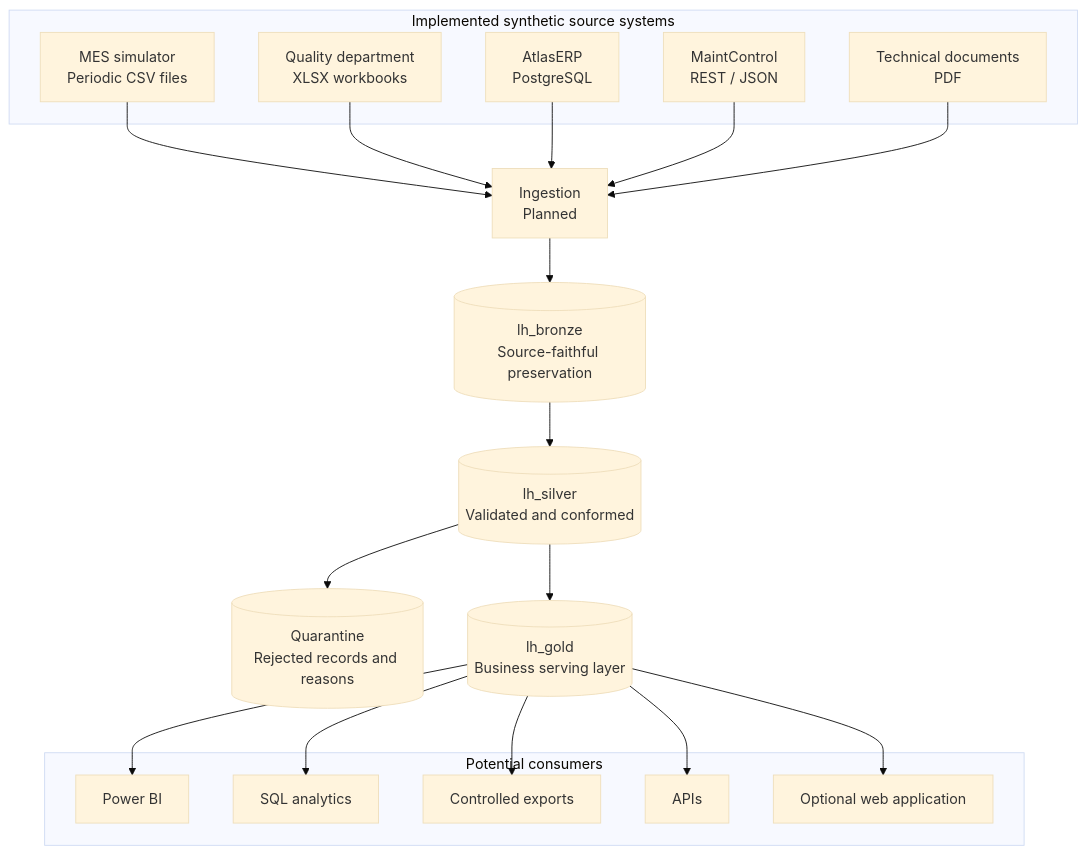
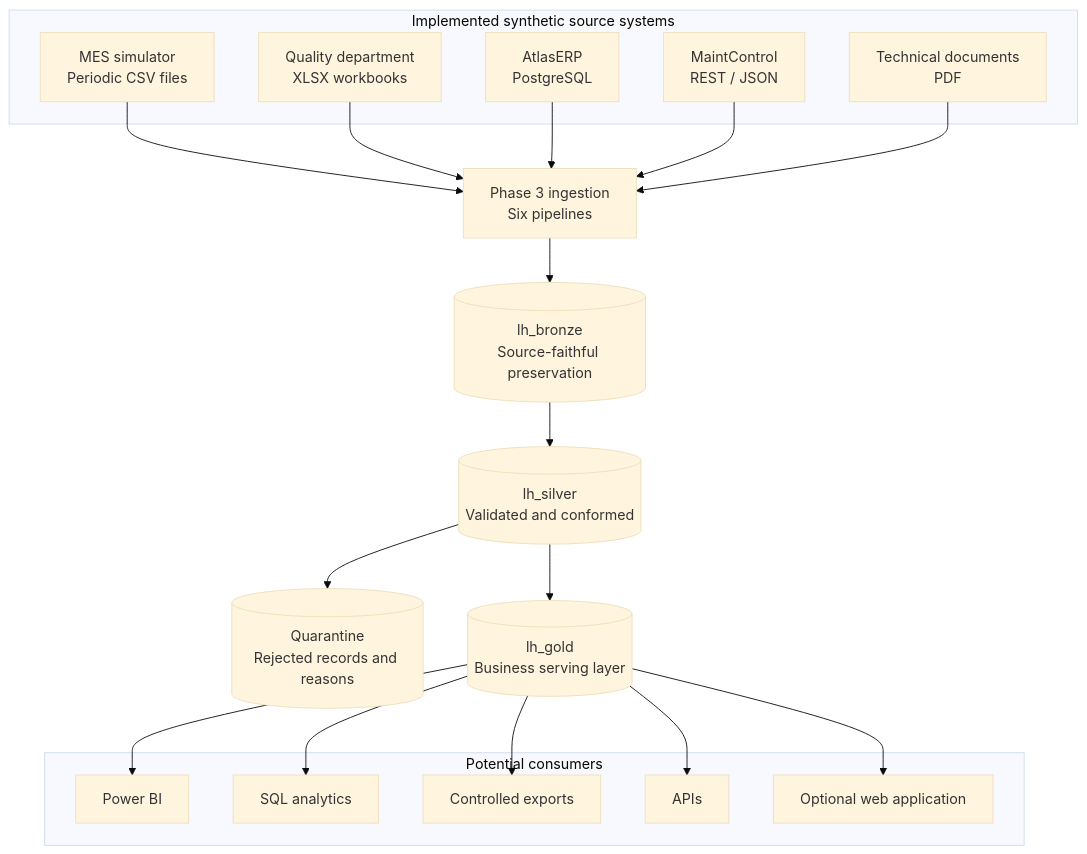
Before and after one commit to LuidiC/industrial-data-platform: the diagram in docs/architecture/overview.md, drawn with Mermaid (base theme). The commit also changed other lines of this file and 23 other files, not shown here.

Commit message:
feat: checkpoint Phase 3 Bronze ingestion foundation

````diff
--- a/docs/architecture/overview.md
+++ b/docs/architecture/overview.md
@@ -15,39 +16,39 @@
 ```mermaid
 flowchart TB
     subgraph Sources[Implemented synthetic source systems]
         MES[MES simulator<br/>Periodic CSV files]
         QUALITY[Quality department<br/>XLSX workbooks]
         ERP[AtlasERP<br/>PostgreSQL]
         MAINT[MaintControl<br/>REST / JSON]
         DOCS[Technical documents<br/>PDF]
     end
 
-    INGEST[Ingestion<br/>Planned]
+    INGEST[Phase 3 ingestion<br/>Six pipelines]
     BRONZE[(lh_bronze<br/>Source-faithful preservation)]
     SILVER[(lh_silver<br/>Validated and conformed)]
     QUARANTINE[(Quarantine<br/>Rejected records and reasons)]
     GOLD[(lh_gold<br/>Business serving layer)]
 
     subgraph Consumers[Potential consumers]
         POWERBI[Power BI]
         SQL[SQL analytics]
         EXPORTS[Controlled exports]
         APIS[APIs]
         WEB[Optional web application]
     end
 
     MES --> INGEST
     QUALITY --> INGEST
     ERP --> INGEST
     MAINT --> INGEST
     INGEST --> BRONZE
     DOCS --> INGEST
     BRONZE --> SILVER
     SILVER --> GOLD
     SILVER --> QUARANTINE
     GOLD --> POWERBI
     GOLD --> SQL
     GOLD --> EXPORTS
     GOLD --> APIS
     GOLD --> WEB
 ```
````
